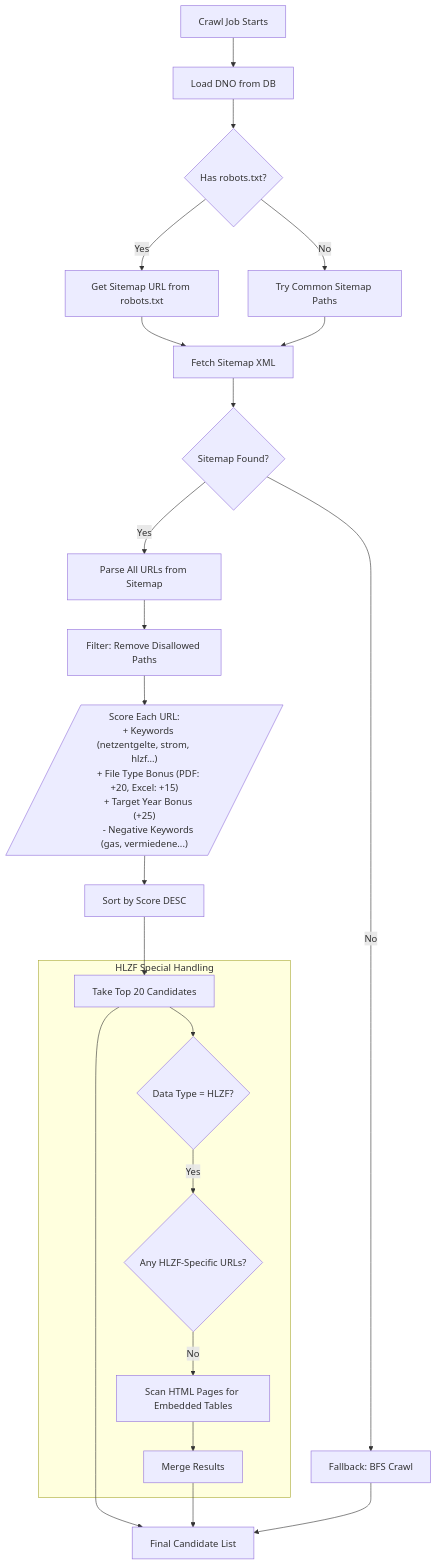
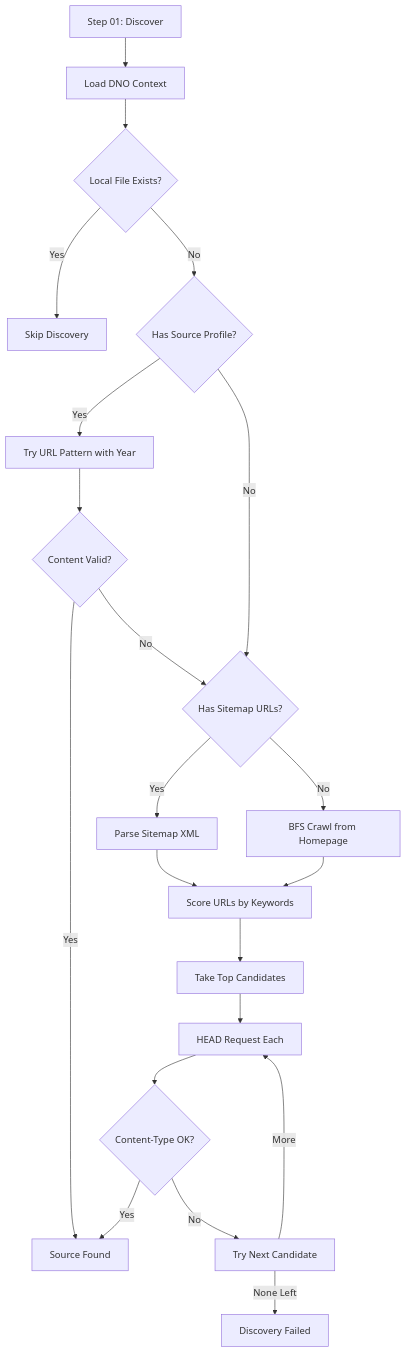
One commit to KyleDerZweite/dno-crawler changed the fifth of 10 diagrams in backend/docs/FLOWCHART.md. Above: the diagram before and after it, drawn with Mermaid. The commit also changed other lines of this file and 6 other files, not shown here.

````diff
--- a/backend/docs/FLOWCHART.md
+++ b/backend/docs/FLOWCHART.md
@@ -168,39 +163,29 @@
 ```mermaid
 flowchart TD
-    START[Crawl Job Starts] --> DB_READ[Load DNO from DB]
+    START[Step 01: Discover] --> CTX[Load DNO Context]
     
-    DB_READ --> HAS_ROBOTS{Has robots.txt?}
+    CTX --> LOCAL{Local File Exists?}
+    LOCAL --> |"Yes"| USE_FILE[Skip Discovery]
+    LOCAL --> |"No"| PROFILE{Has Source Profile?}
     
-    HAS_ROBOTS --> |"Yes"| SITEMAP[Get Sitemap URL from robots.txt]
-    HAS_ROBOTS --> |"No"| TRY_COMMON[Try Common Sitemap Paths]
+    PROFILE --> |"Yes"| TRY_PATTERN[Try URL Pattern with Year]
+    PROFILE --> |"No"| SITEMAP{Has Sitemap URLs?}
     
-    SITEMAP --> FETCH[Fetch Sitemap XML]
-    TRY_COMMON --> FETCH
+    TRY_PATTERN --> VERIFY{Content Valid?}
+    VERIFY --> |"Yes"| FOUND[Source Found]
+    VERIFY --> |"No"| SITEMAP
     
-    FETCH --> FOUND{Sitemap Found?}
+    SITEMAP --> |"Yes"| PARSE_SM[Parse Sitemap XML]
+    SITEMAP --> |"No"| BFS[BFS Crawl from Homepage]
     
-    FOUND --> |"Yes"| PARSE[Parse All URLs from Sitemap]
-    FOUND --> |"No"| BFS[Fallback: BFS Crawl]
+    PARSE_SM --> SCORE[Score URLs by Keywords]
+    BFS --> SCORE
     
-    PARSE --> FILTER[Filter: Remove Disallowed Paths]
-    
-    FILTER --> SCORE[/"Score Each URL:
-    + Keywords (netzentgelte, strom, hlzf...)
-    + File Type Bonus (PDF: +20, Excel: +15)
-    + Target Year Bonus (+25)
-    - Negative Keywords (gas, vermiedene...)"/]
-    
-    SCORE --> SORT[Sort by Score DESC]
-    SORT --> TOP[Take Top 20 Candidates]
-    
-    subgraph Special["HLZF Special Handling"]
-        TOP --> HLZF{Data Type = HLZF?}
-        HLZF --> |"Yes"| CHECK_SPECIFIC{Any HLZF-Specific URLs?}
-        CHECK_SPECIFIC --> |"No"| SCAN_HTML[Scan HTML Pages for Embedded Tables]
-        SCAN_HTML --> MERGE[Merge Results]
-    end
-    
-    TOP --> CANDIDATES[Final Candidate List]
-    MERGE --> CANDIDATES
-    BFS --> CANDIDATES
+    SCORE --> TOP[Take Top Candidates]
+    TOP --> PROBE[HEAD Request Each]
+    PROBE --> CONTENT{Content-Type OK?}
+    CONTENT --> |"Yes"| FOUND
+    CONTENT --> |"No"| NEXT[Try Next Candidate]
+    NEXT --> |"More"| PROBE
+    NEXT --> |"None Left"| FAIL[Discovery Failed]
 ```
````
